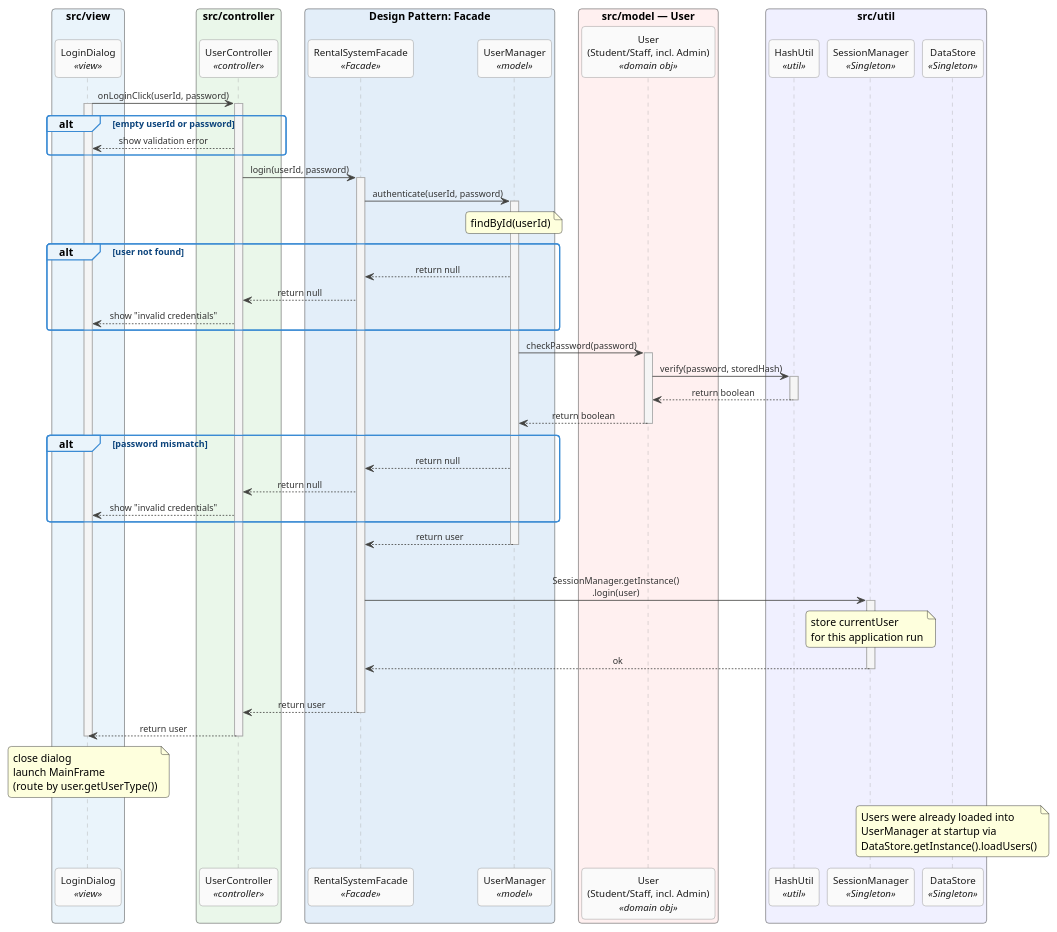
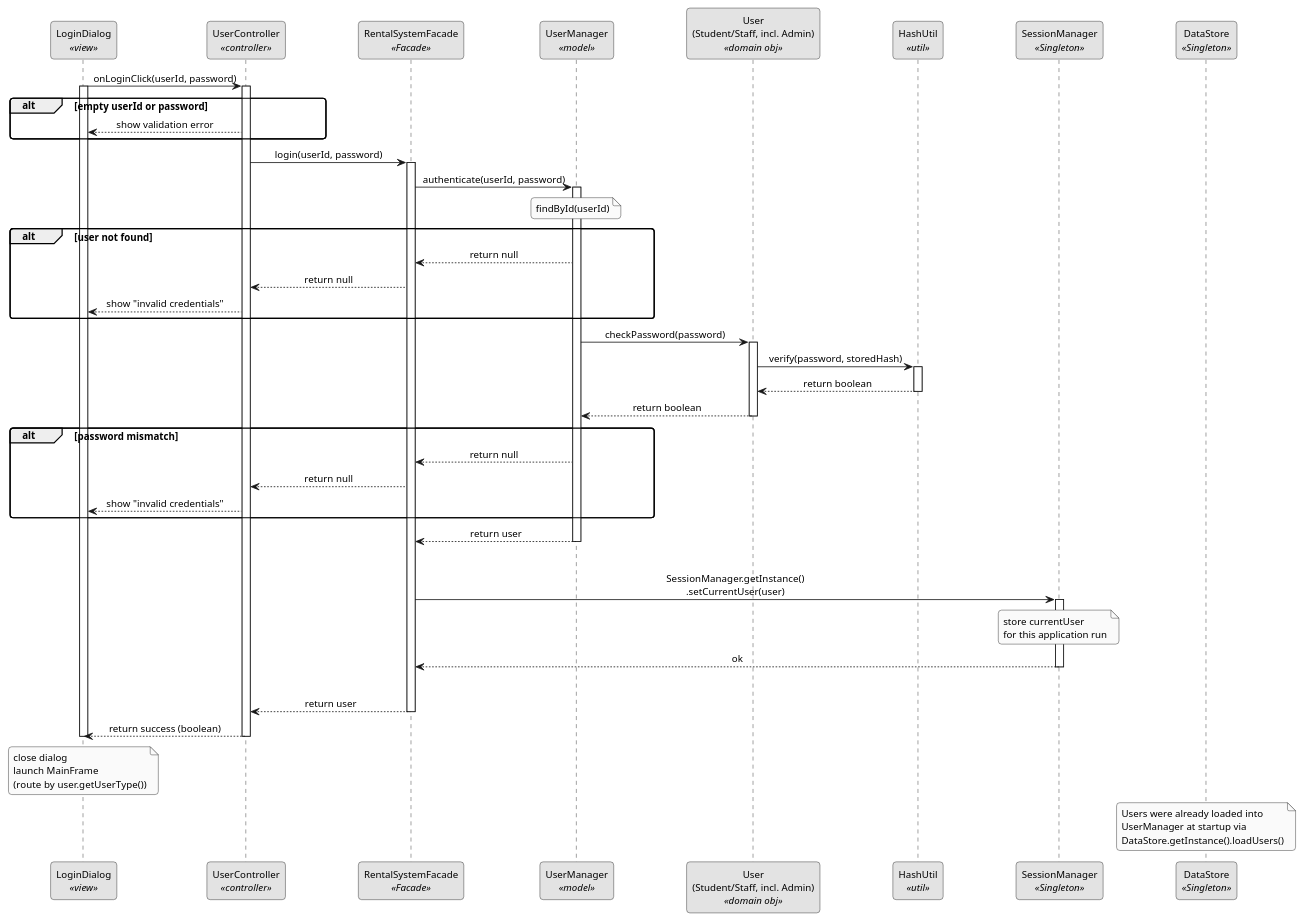
The diagram in diagrams/FINAL_sequence_login.puml (sarafidi/G1_SmartEquipmentRental-BillingSystem), drawn with PlantUML before and after one commit. The commit also changed 12 other files, not shown here.

```diff
--- a/diagrams/FINAL_sequence_login.puml
+++ b/diagrams/FINAL_sequence_login.puml
@@ -1,138 +1,108 @@
 @startuml Login
 
+skinparam monochrome true
+skinparam shadowing false
+skinparam defaultFontSize 12
 skinparam sequenceMessageAlign center
 skinparam responseMessageBelowArrow true
 skinparam maxMessageSize 200
 skinparam roundcorner 8
-skinparam shadowing false
 skinparam stereotypePosition bottom
-
-skinparam participant {
-  BackgroundColor #FAFAFA
-  BorderColor     #888888
-  FontColor       #1A1A1A
-  FontSize        12
-}
-
-skinparam sequence {
-  ArrowColor              #444441
-  ArrowFontSize           11
-  ArrowFontColor          #333333
-  LifeLineBorderColor     #AAAAAA
-  LifeLineBackgroundColor #F5F5F5
-  GroupBackgroundColor    #EAF4FB
-  GroupBorderColor        #3B8BD4
-  GroupFontColor          #0C447C
-  GroupFontSize           11
-  NoteBackgroundColor     #FFF8E8
-  NoteBorderColor         #AAAAAA
-  NoteFontSize            11
-}
+skinparam ParticipantPadding 40
 
 ' ═══════════════════════════════════════════════════
 ' PARTICIPANTS
 ' 7 lifelines: LoginDialog, UserController, Facade,
 '              UserManager, User (domain obj),
 '              HashUtil, SessionManager, DataStore
 ' ═══════════════════════════════════════════════════
-box "src/view" #EAF4FB
   participant "LoginDialog" as View <<view>>
-end box
 
-box "src/controller" #EAF7EA
   participant "UserController" as Ctrl <<controller>>
-end box
 
-box "Design Pattern: Facade" #E3EEF9
   participant "RentalSystemFacade" as Facade <<Facade>>
   participant "UserManager"                as UserMgr <<model>>
-end box
 
-box "src/model — User" #FFF0F0
   participant "User\n(Student/Staff, incl. Admin)" as UserObj <<domain obj>>
-end box
 
-box "src/util" #F0F0FF
   participant "HashUtil" as Hash <<util>>
   participant "SessionManager" as Session <<Singleton>>
   participant "DataStore" as DS <<Singleton>>
-end box
 
 ' ═══════════════════════════════════════════════════
 ' MESSAGE FLOW
 ' ═══════════════════════════════════════════════════
 
 ' Step 1
 View -> Ctrl : onLoginClick(userId, password)
 activate View
 activate Ctrl
 
 ' alt: empty fields
 group alt [empty userId or password]
   Ctrl --> View : show validation error
 end
 
 ' Step 2
 Ctrl -> Facade : login(userId, password)
 activate Facade
 
 ' Step 3
 Facade -> UserMgr : authenticate(userId, password)
 activate UserMgr
 
 ' Step 4 — lookup user
 note over UserMgr : findById(userId)
 
 group alt [user not found]
   UserMgr --> Facade : return null
   Facade --> Ctrl : return null
   Ctrl --> View : show "invalid credentials"
 end
 
 ' Step 5
 UserMgr -> UserObj : checkPassword(password)
 activate UserObj
 
 ' Step 6 — delegate hash comparison
 UserObj -> Hash : verify(password, storedHash)
 activate Hash
 Hash --> UserObj : return boolean
 deactivate Hash
 
 UserObj --> UserMgr : return boolean
 deactivate UserObj
 
 group alt [password mismatch]
   UserMgr --> Facade : return null
   Facade --> Ctrl : return null
   Ctrl --> View : show "invalid credentials"
 end
 
 ' Step 7
 UserMgr --> Facade : return user
 deactivate UserMgr
 
 |||
-' Step 8 — start session via Singleton
-Facade -> Session : SessionManager.getInstance()\n.login(user)
+Facade -> Session : SessionManager.getInstance()\n.setCurrentUser(user)
 activate Session
 note over Session : store currentUser\nfor this application run
 Session --> Facade : ok
 deactivate Session
 |||
 
 ' Step 9
 Facade --> Ctrl : return user
 deactivate Facade
 
 ' Step 10
-Ctrl --> View : return user
+Ctrl --> View : return success (boolean)
 deactivate Ctrl
 
 ' Step 11
 note over View : close dialog\nlaunch MainFrame\n(route by user.getUserType())
 deactivate View
 
 note over DS : Users were already loaded into\nUserManager at startup via\nDataStore.getInstance().loadUsers()
 
 @enduml
```
